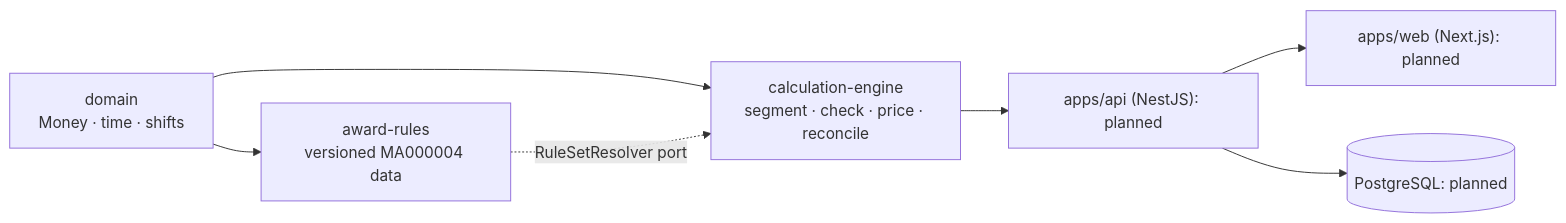
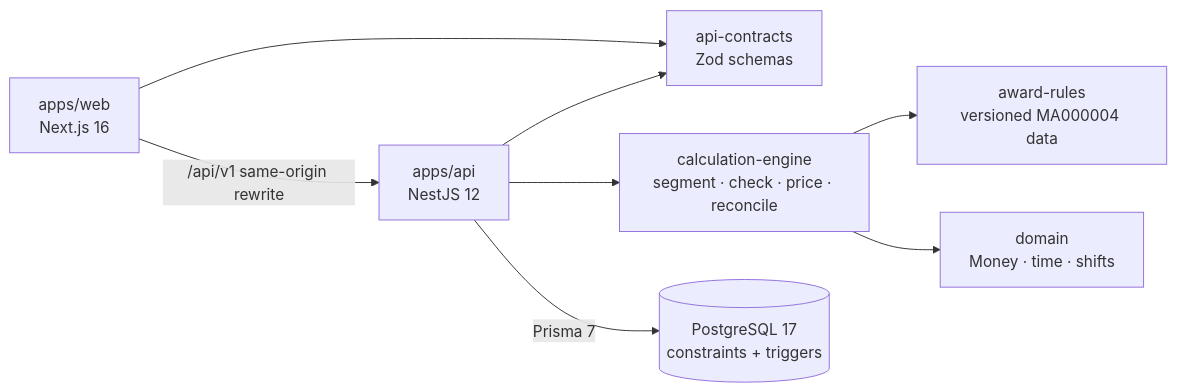
The diagram in README.md (ijfabi/wageguard), drawn with Mermaid before and after one commit. The commit also changed other lines of this file and 118 other files, not shown here.

First line of the commit message:
feat(web): Next.js app with end-to-end and accessibility tests

````diff
--- a/README.md
+++ b/README.md
@@ -18,9 +44,10 @@
 ```mermaid
 flowchart LR
-  domain["domain<br/>Money · time · shifts"] --> rules["award-rules<br/>versioned MA000004 data"]
-  domain --> engine["calculation-engine<br/>segment · check · price · reconcile"]
-  rules -. RuleSetResolver port .-> engine
-  engine --> api["apps/api (NestJS): planned"]
-  api --> web["apps/web (Next.js): planned"]
-  api --> db[("PostgreSQL: planned")]
+  web["apps/web<br/>Next.js 16"] -->|"/api/v1 same-origin rewrite"| api["apps/api<br/>NestJS 12"]
+  api --> contracts["api-contracts<br/>Zod schemas"]
+  web --> contracts
+  api --> engine["calculation-engine<br/>segment · check · price · reconcile"]
+  engine --> rules["award-rules<br/>versioned MA000004 data"]
+  engine --> domain["domain<br/>Money · time · shifts"]
+  api -->|Prisma 7| db[("PostgreSQL 17<br/>constraints + triggers")]
 ```
````
